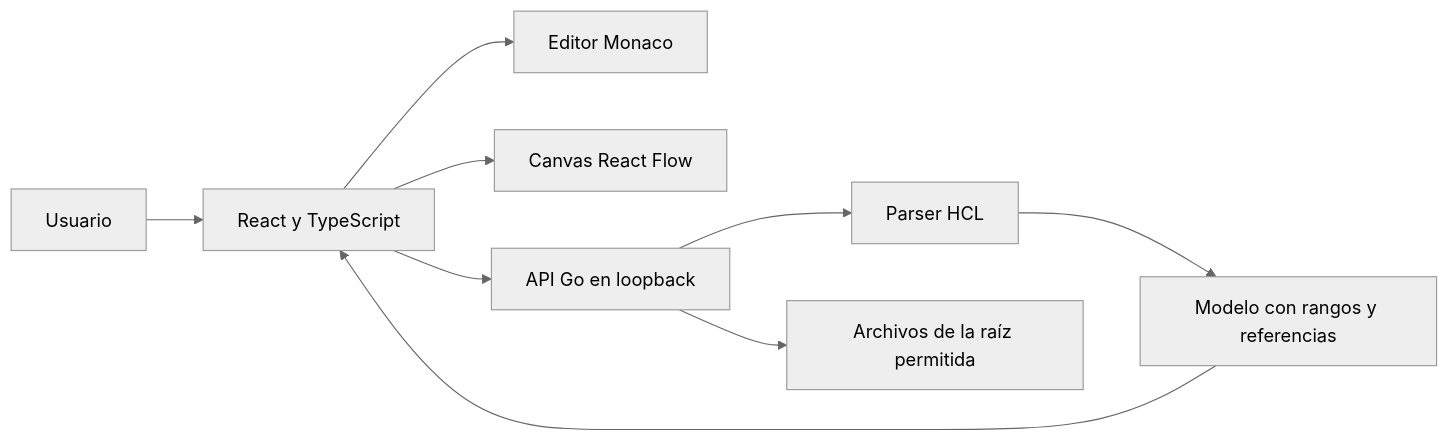
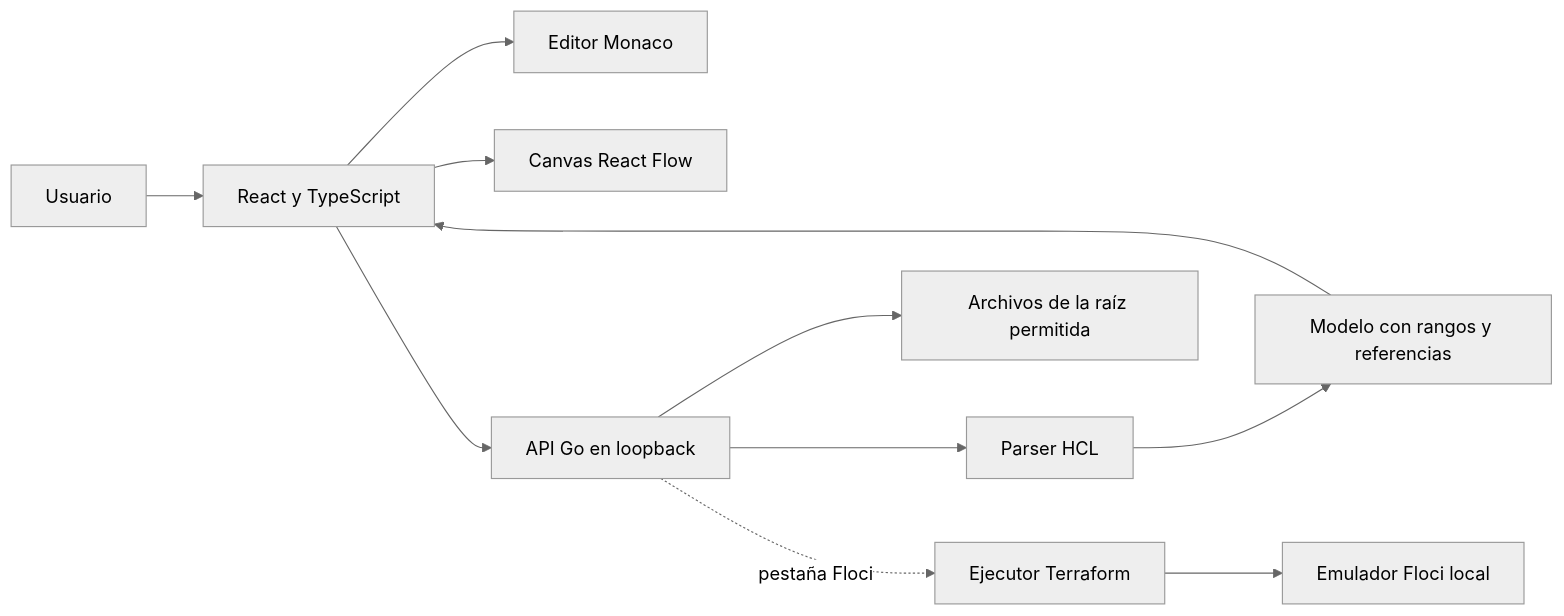
Before and after one commit to RenzoAL7/TerraDock: the diagram in docs/architecture.md, drawn with Mermaid (neutral theme). The commit also changed other lines of this file, not shown here.

First line of the commit message:
docs(arquitectura): document Floci execution, full API table and current distribution

````diff
--- a/docs/architecture.md
+++ b/docs/architecture.md
@@ -5,11 +5,13 @@
 ```mermaid
 flowchart LR
   User[Usuario] --> UI[React y TypeScript]
   UI --> Editor[Editor Monaco]
   UI --> Canvas[Canvas React Flow]
   UI --> API[API Go en loopback]
   API --> Parser[Parser HCL]
   API --> FS[Archivos de la raíz permitida]
   Parser --> Model[Modelo con rangos y referencias]
   Model --> UI
+  API -. pestaña Floci .-> Runner[Ejecutor Terraform]
+  Runner --> Floci[Emulador Floci local]
 ```
````
